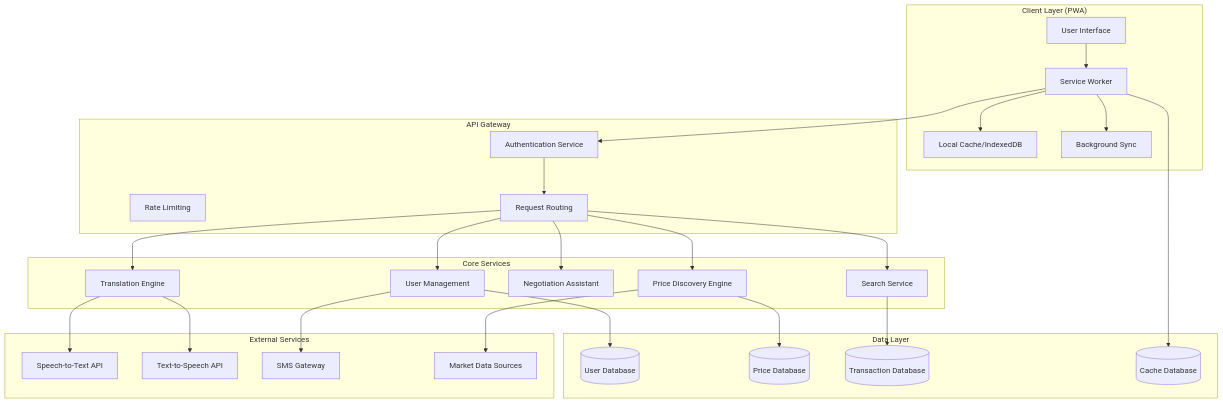
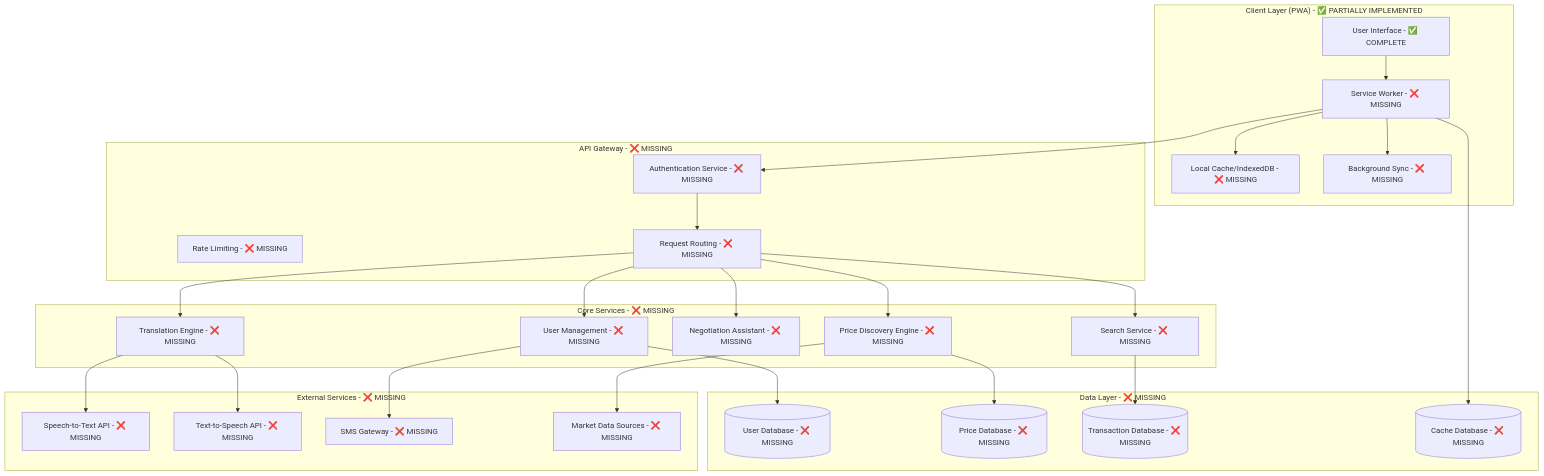
Before and after one commit to Sayyed23/multilingual_mindi_26_jan_challenge: the diagram in .kiro/specs/multilingual-mandi/design.md, drawn with Mermaid. The commit also changed other lines of this file and 46 other files, not shown here.

Commit message:
feat: Initialize new React/Vite project with PWA support, service worker, and local database integration.

````diff
--- a/.kiro/specs/multilingual-mandi/design.md
+++ b/.kiro/specs/multilingual-mandi/design.md
@@ -13,58 +13,58 @@
 ```mermaid
 graph TB
-    subgraph "Client Layer (PWA)"
-        UI[User Interface]
-        SW[Service Worker]
-        Cache[Local Cache/IndexedDB]
-        Sync[Background Sync]
+    subgraph "Client Layer (PWA) - ✅ PARTIALLY IMPLEMENTED"
+        UI[User Interface - ✅ COMPLETE]
+        SW[Service Worker - ❌ MISSING]
+        Cache[Local Cache/IndexedDB - ❌ MISSING]
+        Sync[Background Sync - ❌ MISSING]
     end
     
-    subgraph "API Gateway"
-        Auth[Authentication Service]
-        Rate[Rate Limiting]
-        Route[Request Routing]
+    subgraph "API Gateway - ❌ MISSING"
+        Auth[Authentication Service - ❌ MISSING]
+        Rate[Rate Limiting - ❌ MISSING]
+        Route[Request Routing - ❌ MISSING]
     end
     
-    subgraph "Core Services"
-        Trans[Translation Engine]
-        Price[Price Discovery Engine]
-        Nego[Negotiation Assistant]
-        User[User Management]
-        Search[Search Service]
+    subgraph "Core Services - ❌ MISSING"
+        Trans[Translation Engine - ❌ MISSING]
+        Price[Price Discovery Engine - ❌ MISSING]
+        Nego[Negotiation Assistant - ❌ MISSING]
+        User[User Management - ❌ MISSING]
+        Search[Search Service - ❌ MISSING]
     end
     
-    subgraph "Data Layer"
-        UserDB[(User Database)]
-        PriceDB[(Price Database)]
-        TransDB[(Transaction Database)]
-        CacheDB[(Cache Database)]
+    subgraph "Data Layer - ❌ MISSING"
+        UserDB[(User Database - ❌ MISSING)]
+        PriceDB[(Price Database - ❌ MISSING)]
+        TransDB[(Transaction Database - ❌ MISSING)]
+        CacheDB[(Cache Database - ❌ MISSING)]
     end
     
-    subgraph "External Services"
-        STT[Speech-to-Text API]
-        TTS[Text-to-Speech API]
-        SMS[SMS Gateway]
-        Market[Market Data Sources]
+    subgraph "External Services - ❌ MISSING"
+        STT[Speech-to-Text API - ❌ MISSING]
+        TTS[Text-to-Speech API - ❌ MISSING]
+        SMS[SMS Gateway - ❌ MISSING]
+        Market[Market Data Sources - ❌ MISSING]
     end
     
     UI --> SW
     SW --> Cache
     SW --> Sync
     SW --> Auth
     Auth --> Route
     Route --> Trans
     Route --> Price
     Route --> Nego
     Route --> User
     Route --> Search
     
     Trans --> STT
     Trans --> TTS
     Price --> Market
     User --> SMS
     
     User --> UserDB
     Price --> PriceDB
     Search --> TransDB
     SW --> CacheDB
 ```
````
